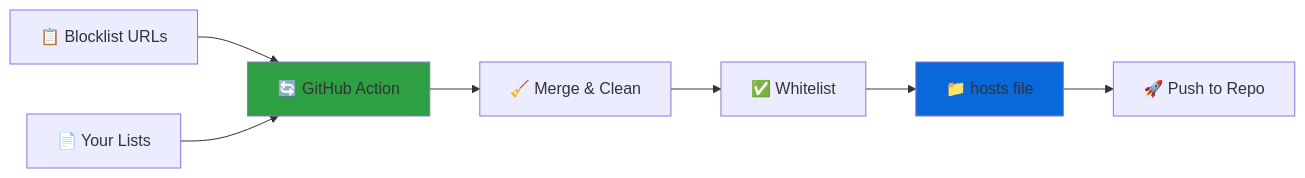
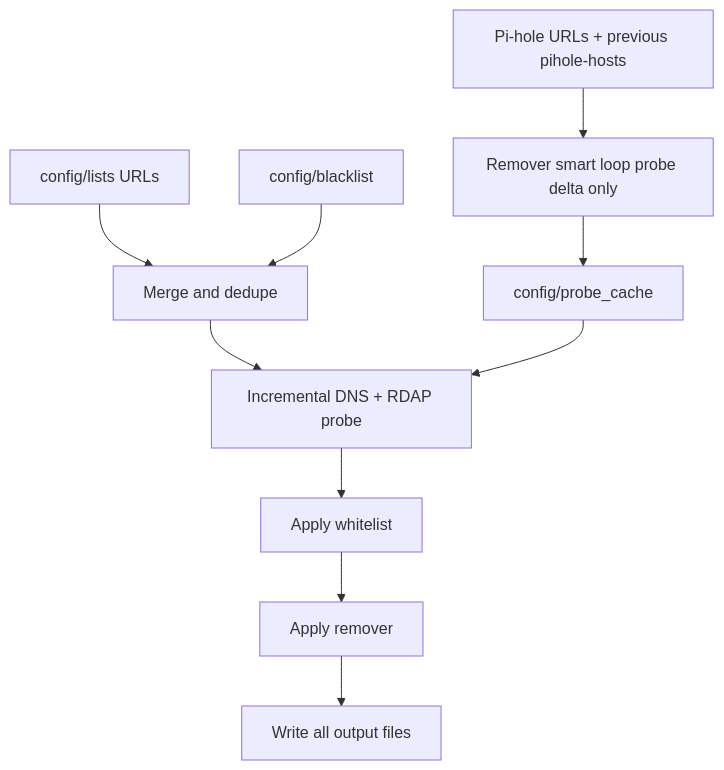
Before and after one commit to AlexRabbit/ADios: the diagram in README.md, drawn with Mermaid. The commit also changed other lines of this file and 4 other files, not shown here.

````diff
--- a/README.md
+++ b/README.md
@@ -44,11 +122,12 @@
 ```mermaid
-flowchart LR
-    A[📋 Blocklist URLs] --> B[🔄 GitHub Action]
-    C[📄 Your Lists] --> B
-    B --> D[🧹 Merge & Clean]
-    D --> E[✅ Whitelist]
-    E --> F[📁 hosts file]
-    F --> G[🚀 Push to Repo]
-    style B fill:#2ea043
-    style F fill:#0969da
+flowchart TD
+    A[config/lists URLs] --> B[Merge and dedupe]
+    C[config/blacklist] --> B
+    P[Pi-hole URLs + previous pihole-hosts] --> R[Remover smart loop probe delta only]
+    R --> E[config/probe_cache]
+    B --> D[Incremental DNS + RDAP probe]
+    E --> D
+    D --> F[Apply whitelist]
+    F --> G[Apply remover]
+    G --> H[Write all output files]
 ```
````
